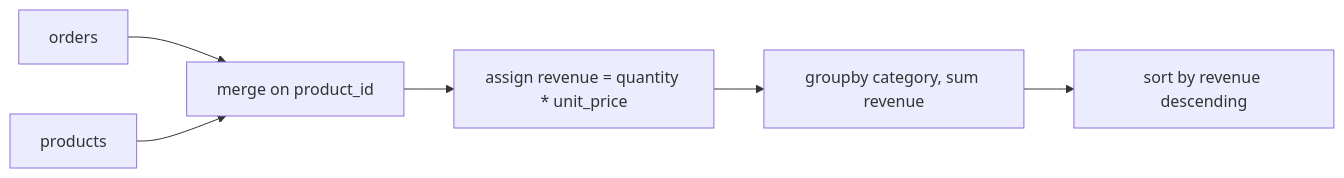
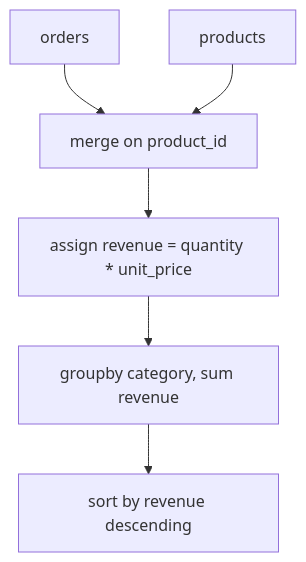
One commit to DonalGeraghty/study-repository changed the diagram in docs/programming/tooling/data-analysis-and-visualisation.md. Above: the diagram before and after it, drawn with Mermaid. The commit also changed 17 other files, not shown here.

First line of the commit message:
Tighten Mermaid layout readability

````diff
--- a/docs/programming/tooling/data-analysis-and-visualisation.md
+++ b/docs/programming/tooling/data-analysis-and-visualisation.md
@@ -54,8 +54,8 @@
 ```mermaid
-flowchart LR
+flowchart TD
     A[orders] --> C[merge on product_id]
     B[products] --> C
     C --> D[assign revenue = quantity * unit_price]
     D --> E[groupby category, sum revenue]
     E --> F[sort by revenue descending]
 ```
````
